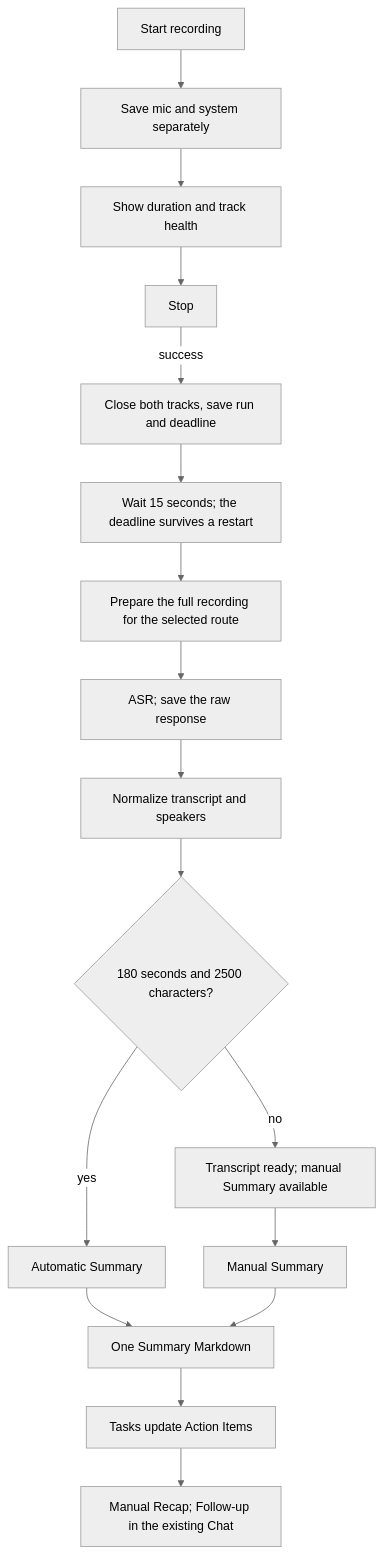
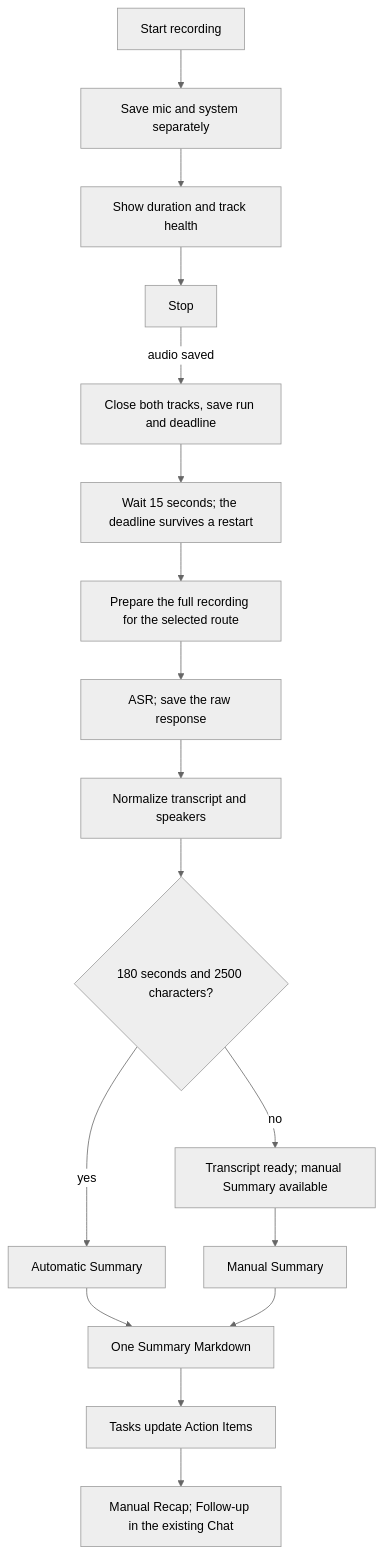
Before and after one commit to timurkhakhalev/gristmill: the diagram in .memory-bank/architecture/post-stop-processing.md, drawn with Mermaid (neutral theme). The commit also changed other lines of this file and 25 other files, not shown here.

````diff
--- a/.memory-bank/architecture/post-stop-processing.md
+++ b/.memory-bank/architecture/post-stop-processing.md
@@ -79,19 +79,19 @@
 ```mermaid
 flowchart TD
     A[Start recording] --> B[Save mic and system separately]
     B --> C[Show duration and track health]
     C --> D[Stop]
-    D -->|success| E[Close both tracks, save run and deadline]
+    D -->|audio saved| E[Close both tracks, save run and deadline]
     E --> F[Wait 15 seconds; the deadline survives a restart]
     F --> G[Prepare the full recording for the selected route]
     G --> H[ASR; save the raw response]
     H --> I[Normalize transcript and speakers]
     I --> J{180 seconds and 2500 characters?}
     J -->|yes| K[Automatic Summary]
     J -->|no| L[Transcript ready; manual Summary available]
     L --> M[Manual Summary]
     K --> N[One Summary Markdown]
     M --> N
     N --> O[Tasks update Action Items]
     O --> P[Manual Recap; Follow-up in the existing Chat]
 ```
````
